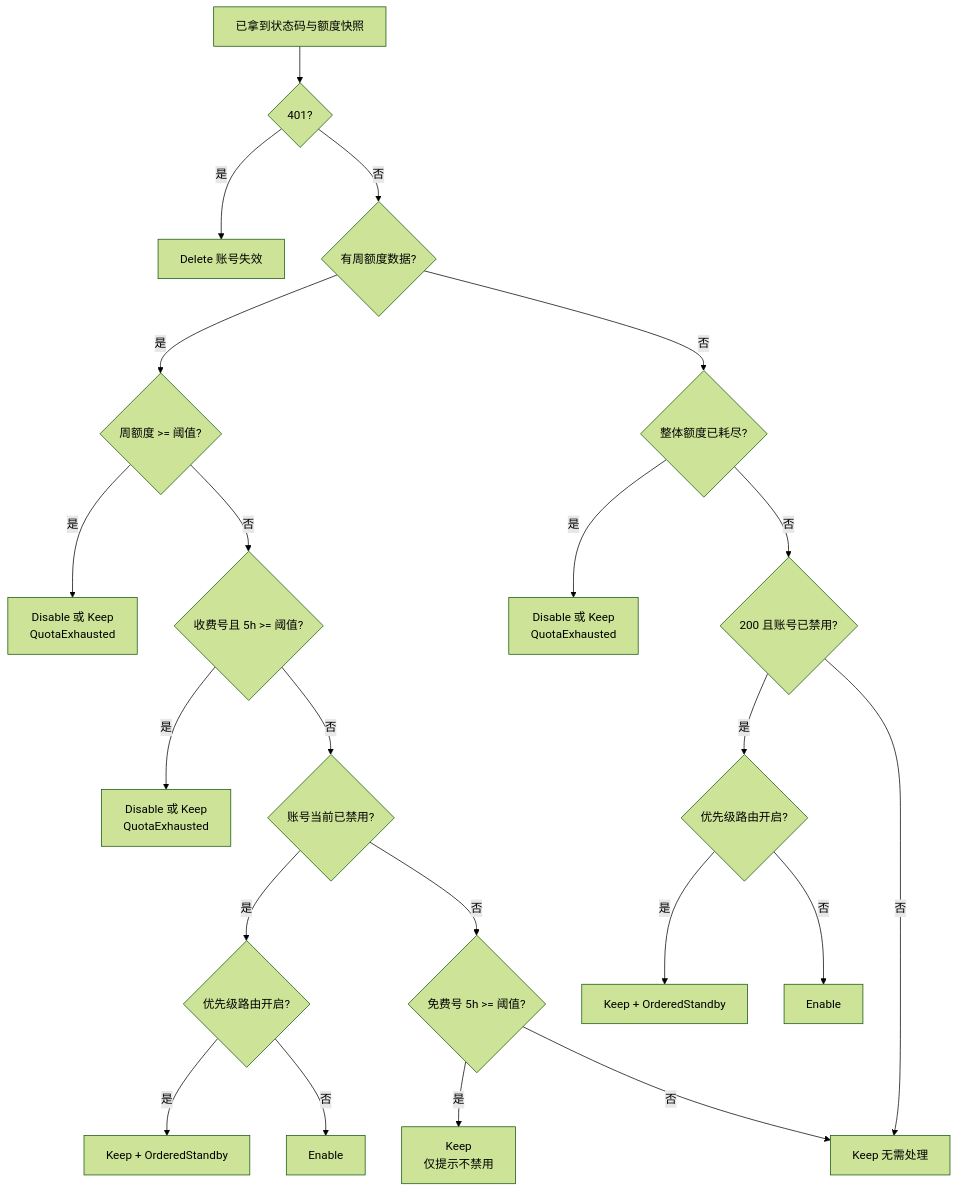
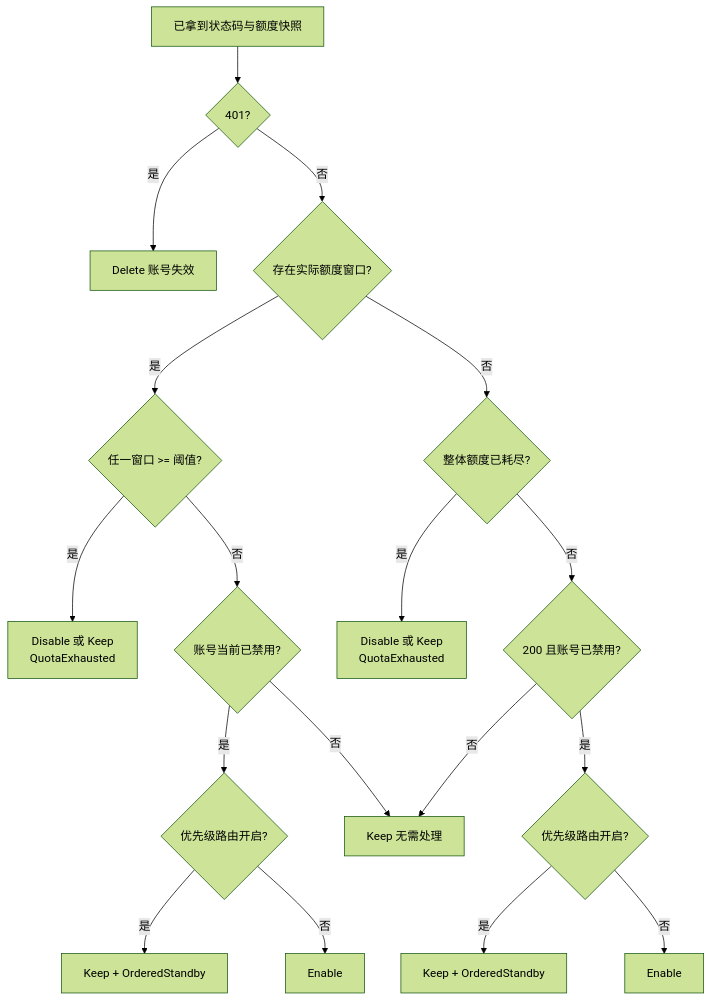
The second of 4 diagrams in DEVELOPMENT.md (kaixin1995/CodexPatrol), drawn with Mermaid (forest theme) before and after one commit. The commit also changed other lines of this file and 1 other file, not shown here.

````diff
--- a/DEVELOPMENT.md
+++ b/DEVELOPMENT.md
@@ -592,24 +597,20 @@
 ```mermaid
 flowchart TD
     A[已拿到状态码与额度快照] --> B{401?}
     B -- 是 --> X[Delete 账号失效]
-    B -- 否 --> C{有周额度数据?}
-    C -- 是 --> D{周额度 >= 阈值?}
+    B -- 否 --> C{存在实际额度窗口?}
+    C -- 是 --> D{任一窗口 >= 阈值?}
     D -- 是 --> D1[Disable 或 Keep\nQuotaExhausted]
-    D -- 否 --> E{收费号且 5h >= 阈值?}
-    E -- 是 --> E1[Disable 或 Keep\nQuotaExhausted]
-    E -- 否 --> F{账号当前已禁用?}
-    F -- 是 --> G{优先级路由开启?}
-    G -- 是 --> G1[Keep + OrderedStandby]
-    G -- 否 --> G2[Enable]
-    F -- 否 --> H{免费号 5h >= 阈值?}
-    H -- 是 --> H1[Keep\n仅提示不禁用]
-    H -- 否 --> H2[Keep 无需处理]
-    C -- 否 --> J{整体额度已耗尽?}
-    J -- 是 --> J1[Disable 或 Keep\nQuotaExhausted]
-    J -- 否 --> K{200 且账号已禁用?}
-    K -- 是 --> L{优先级路由开启?}
-    L -- 是 --> L1[Keep + OrderedStandby]
-    L -- 否 --> L2[Enable]
-    K -- 否 --> H2
+    D -- 否 --> E{账号当前已禁用?}
+    E -- 是 --> F{优先级路由开启?}
+    F -- 是 --> F1[Keep + OrderedStandby]
+    F -- 否 --> F2[Enable]
+    E -- 否 --> G[Keep 无需处理]
+    C -- 否 --> H{整体额度已耗尽?}
+    H -- 是 --> H1[Disable 或 Keep\nQuotaExhausted]
+    H -- 否 --> I{200 且账号已禁用?}
+    I -- 是 --> J{优先级路由开启?}
+    J -- 是 --> J1[Keep + OrderedStandby]
+    J -- 否 --> J2[Enable]
+    I -- 否 --> G
 ```
````
